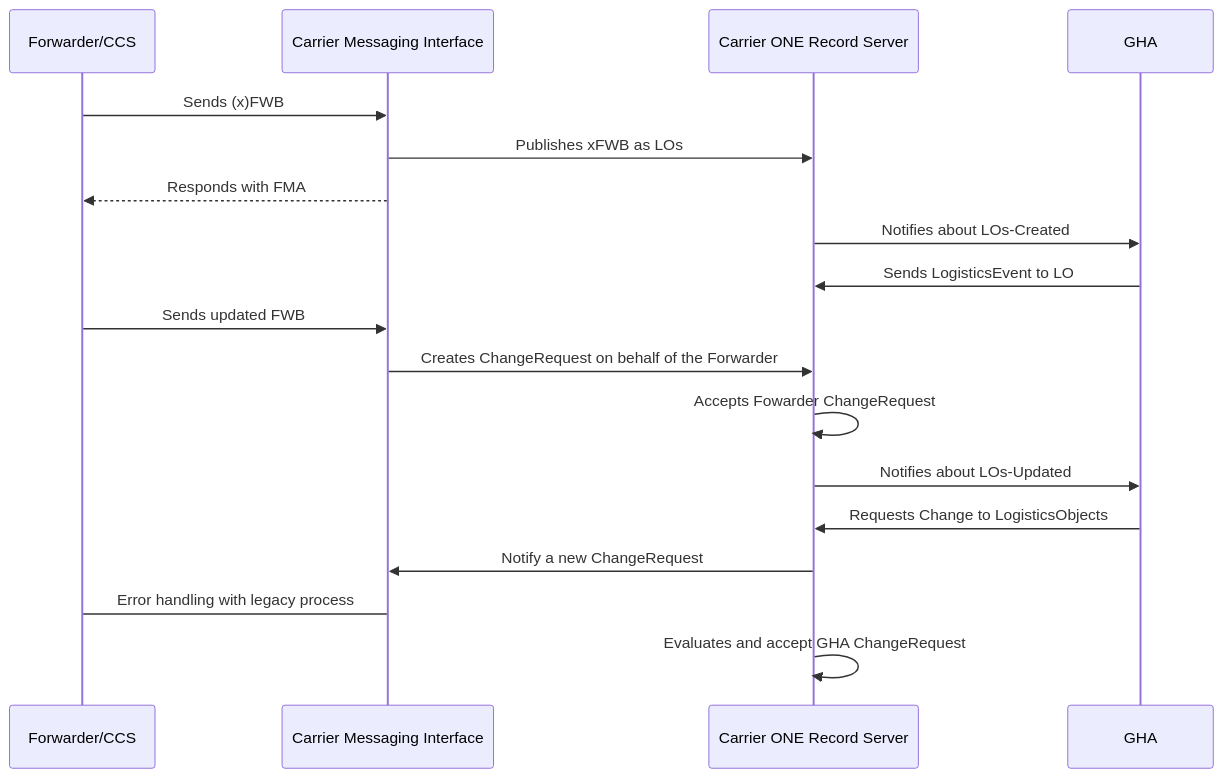
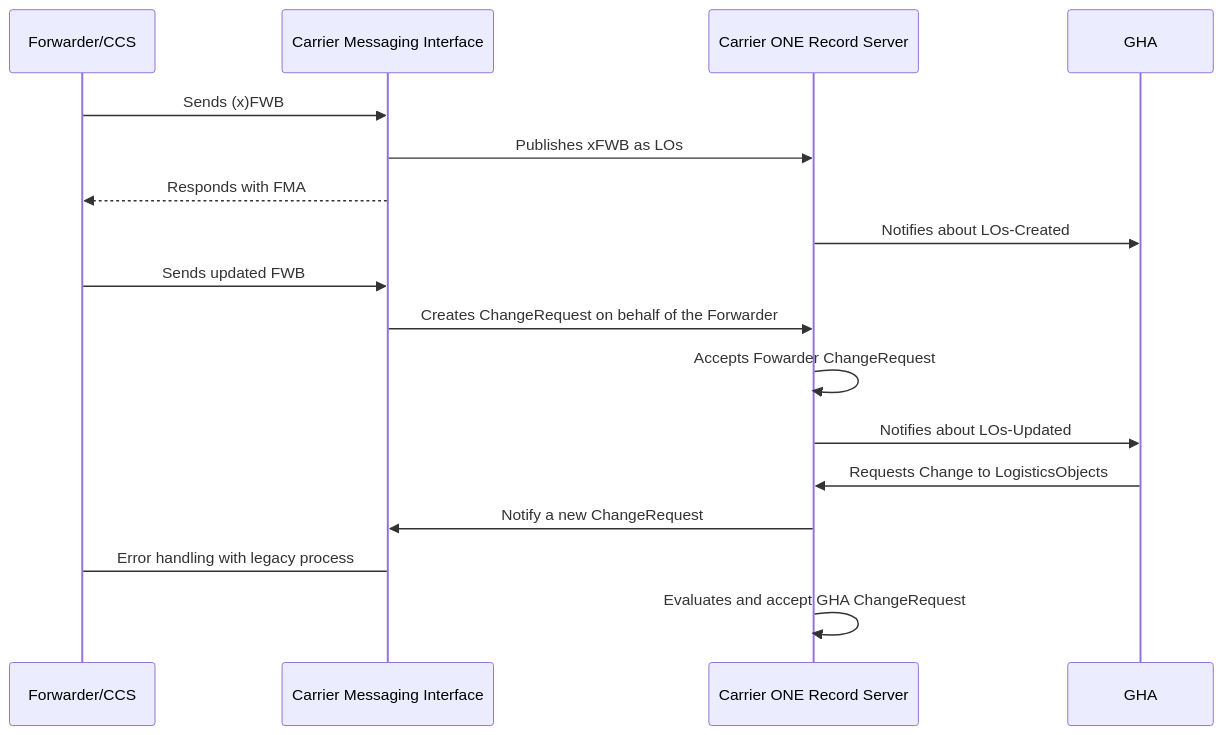
One commit to IATA-Cargo/ONE-Record changed the diagram in Documentation_website/docs/API-Security/hybridSystems/EDI-ONERecord.md. Above: the diagram before and after it, drawn with Mermaid. The commit also changed other lines of this file, not shown here.

````diff
--- a/Documentation_website/docs/API-Security/hybridSystems/EDI-ONERecord.md
+++ b/Documentation_website/docs/API-Security/hybridSystems/EDI-ONERecord.md
@@ -53,21 +53,20 @@
 ```mermaid
 sequenceDiagram
     participant F as Forwarder/CCS
     participant C as Carrier Messaging Interface
     participant S as Carrier ONE Record Server
     participant G as GHA
 
     F->>C: Sends (x)FWB
     C->>S: Publishes xFWB as LOs
     C-->>F: Responds with FMA
     S->>G: Notifies about LOs-Created
-    G->>S: Sends LogisticsEvent to LO
     F->>C: Sends updated FWB
     C->>S: Creates ChangeRequest on behalf of the Forwarder
     S->>S: Accepts Fowarder ChangeRequest
     S->>G: Notifies about LOs-Updated
     G->>S: Requests Change to LogisticsObjects
     S->>C: Notify a new ChangeRequest 
     F->C: Error handling with legacy process
     S->>S: Evaluates and accept GHA ChangeRequest
 ```
````
